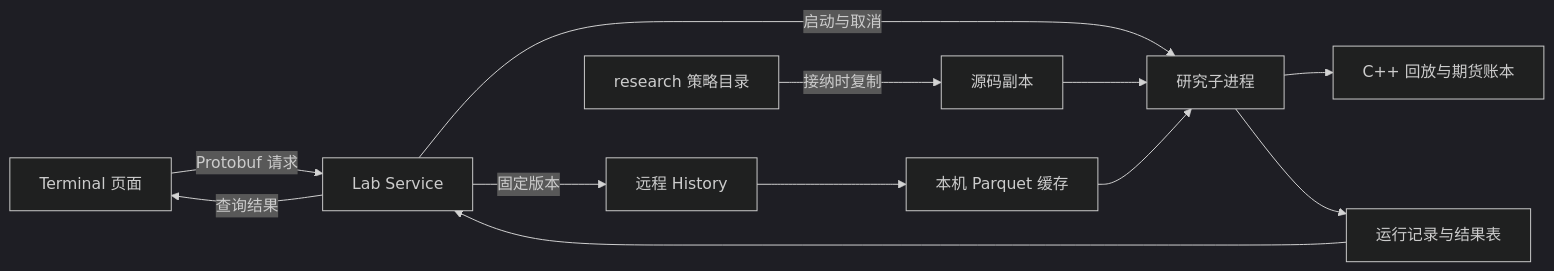
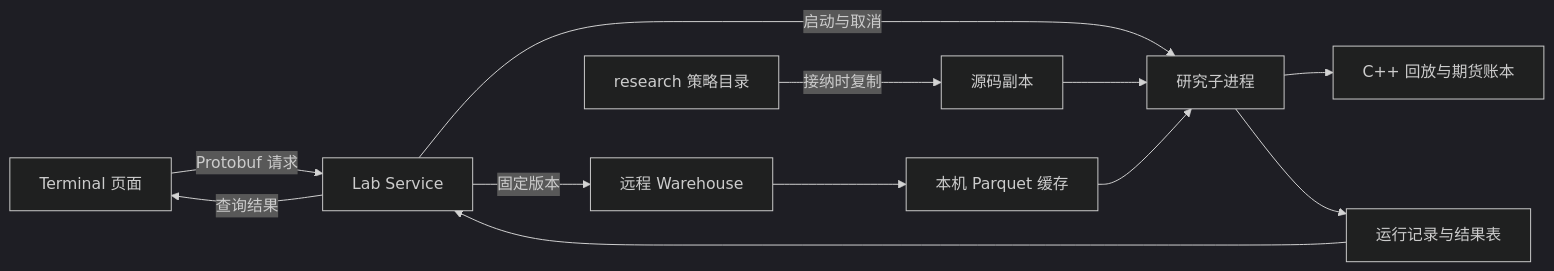
One commit to isqiwen/asterion-terminal changed the first of 3 diagrams in docs/lab/architecture.md. Above: the diagram before and after it, drawn with Mermaid (dark theme). The commit also changed other lines of this file and 329 other files, not shown here.

First line of the commit message:
M3.88: rename the services to Market and Warehouse

````diff
--- a/docs/lab/architecture.md
+++ b/docs/lab/architecture.md
@@ -9,14 +9,14 @@
 ```mermaid
 flowchart LR
     terminal[Terminal 页面] -->|Protobuf 请求| service[Lab Service]
-    service -->|固定版本| market[远程 History]
+    service -->|固定版本| market[远程 Warehouse]
     market --> cache[本机 Parquet 缓存]
     source[research 策略目录] -->|接纳时复制| snapshot[源码副本]
     service -->|启动与取消| child[研究子进程]
     snapshot --> child
     cache --> child
     child --> engine[C++ 回放与期货账本]
     child --> records[运行记录与结果表]
     records --> service
     service -->|查询结果| terminal
 ```
````
